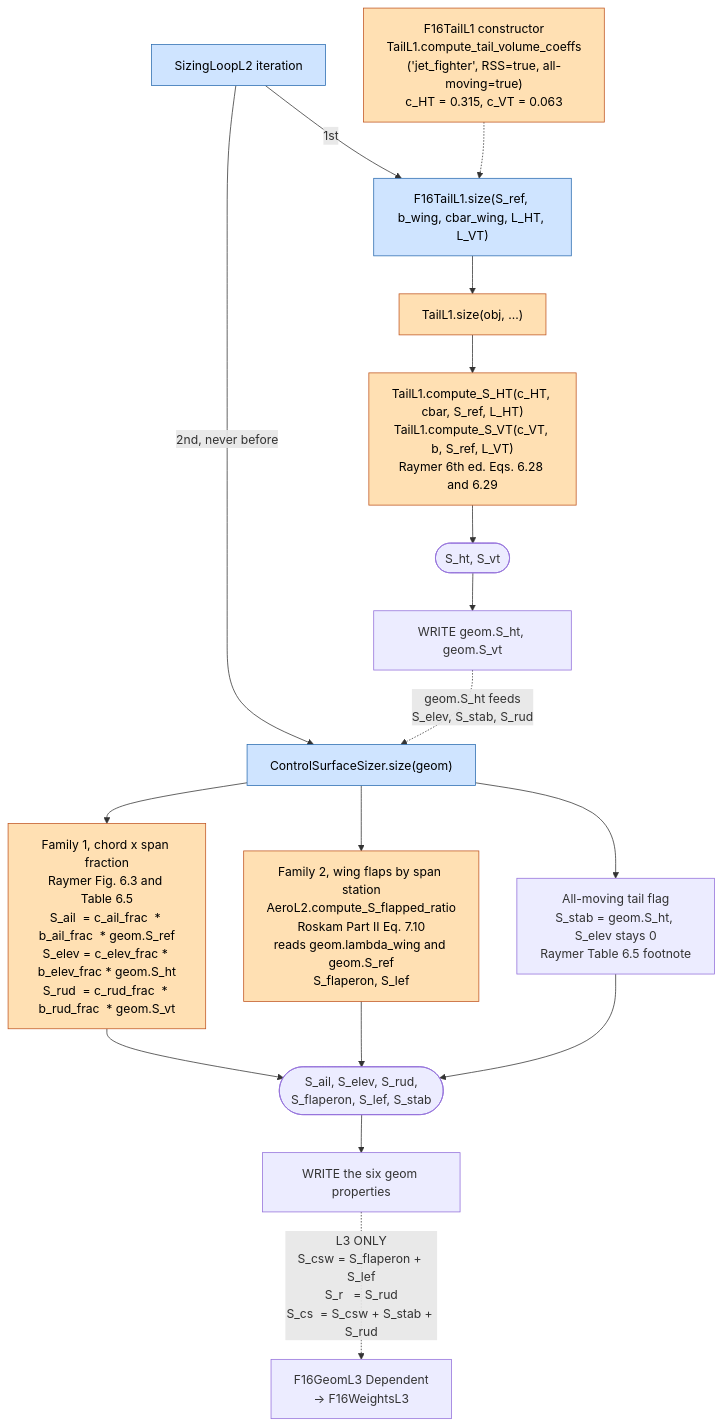
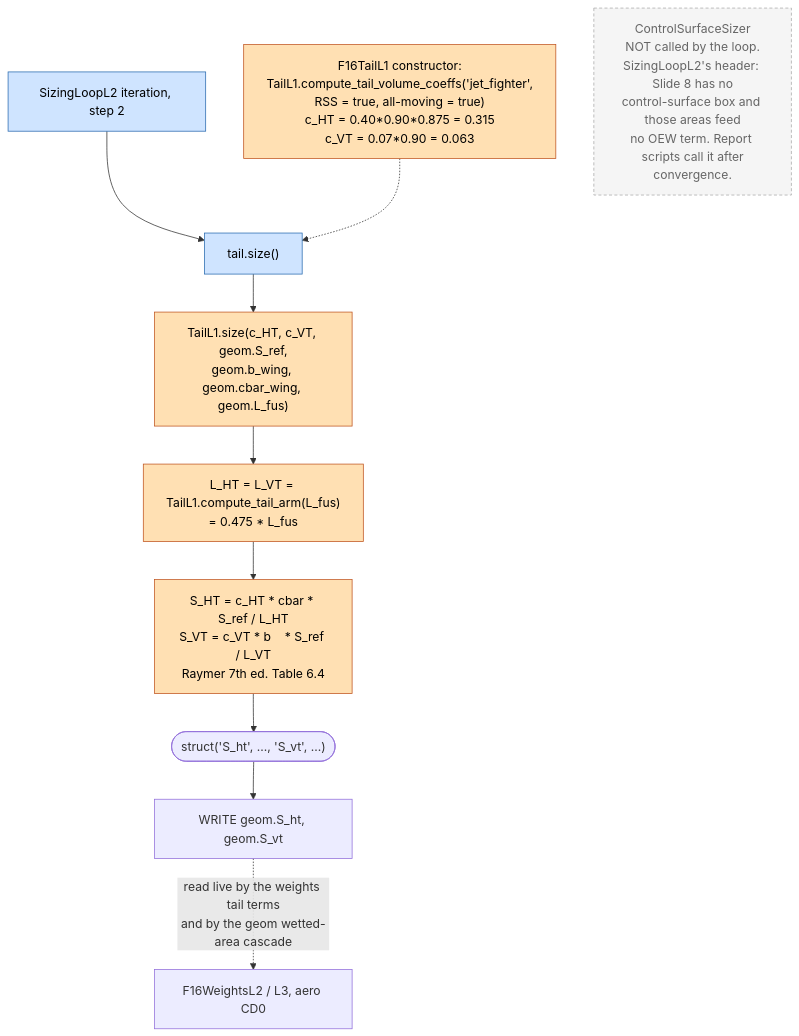
The ninth of 12 diagrams in air_vehicle_design/sizing/docs/Mermaid_Diagrams/sizing_loop_dependency_diagrams.md (Idopt-Lab/air-vehicle-design), drawn with Mermaid before and after one commit. The commit also changed other lines of this file, not shown here.

First line of the commit message:
docs: rewrite the stale sizing-loop dependency diagrams

````diff
--- a/air_vehicle_design/sizing/docs/Mermaid_Diagrams/sizing_loop_dependency_diagrams.md
+++ b/air_vehicle_design/sizing/docs/Mermaid_Diagrams/sizing_loop_dependency_diagrams.md
@@ -554,29 +534,22 @@
 ```mermaid
 flowchart TD
-    LOOP["SizingLoopL2 iteration"]
+    LOOP["SizingLoopL2 iteration, step 2"]
+    LOOP --> T["tail.size()"]
+    T --> TT["TailL1.size(c_HT, c_VT, geom.S_ref,<br/>geom.b_wing, geom.cbar_wing, geom.L_fus)"]
+    TT --> ARM["L_HT = L_VT = TailL1.compute_tail_arm(L_fus)<br/>= 0.475 * L_fus"]
+    ARM --> TC["S_HT = c_HT * cbar * S_ref / L_HT<br/>S_VT = c_VT * b    * S_ref / L_VT<br/>Raymer 7th ed. Table 6.4"]
+    TC --> TR(["struct('S_ht', ..., 'S_vt', ...)"])
+    TR --> TW["WRITE geom.S_ht, geom.S_vt"]
+    TW -.->|"read live by the weights tail terms<br/>and by the geom wetted-area cascade"| DOWN["F16WeightsL2 / L3, aero CD0"]
 
-    LOOP -->|"1st"| T["F16TailL1.size(S_ref, b_wing, cbar_wing, L_HT, L_VT)"]
-    T --> TT["TailL1.size(obj, ...)"]
-    TT --> TC["TailL1.compute_S_HT(c_HT, cbar, S_ref, L_HT)<br/>TailL1.compute_S_VT(c_VT, b, S_ref, L_VT)<br/>Raymer 6th ed. Eqs. 6.28 and 6.29"]
-    TC --> TR(["S_ht, S_vt"])
-    TR --> TW["WRITE geom.S_ht, geom.S_vt"]
+    CTOR["F16TailL1 constructor:<br/>TailL1.compute_tail_volume_coeffs('jet_fighter',<br/>RSS = true, all-moving = true)<br/>c_HT = 0.40*0.90*0.875 = 0.315<br/>c_VT = 0.07*0.90 = 0.063"] -.-> T
 
-    CTOR["F16TailL1 constructor<br/>TailL1.compute_tail_volume_coeffs<br/>('jet_fighter', RSS=true, all-moving=true)<br/>c_HT = 0.315, c_VT = 0.063"] -.-> T
-
-    LOOP -->|"2nd, never before"| C["ControlSurfaceSizer.size(geom)"]
-    C --> F1["Family 1, chord x span fraction<br/>Raymer Fig. 6.3 and Table 6.5<br/>S_ail  = c_ail_frac  * b_ail_frac  * geom.S_ref<br/>S_elev = c_elev_frac * b_elev_frac * geom.S_ht<br/>S_rud  = c_rud_frac  * b_rud_frac  * geom.S_vt"]
-    C --> F2["Family 2, wing flaps by span station<br/>AeroL2.compute_S_flapped_ratio<br/>Roskam Part II Eq. 7.10<br/>reads geom.lambda_wing and geom.S_ref<br/>S_flaperon, S_lef"]
-    C --> F3["All-moving tail flag<br/>S_stab = geom.S_ht, S_elev stays 0<br/>Raymer Table 6.5 footnote"]
-    F1 --> CR(["S_ail, S_elev, S_rud,<br/>S_flaperon, S_lef, S_stab"])
-    F2 --> CR
-    F3 --> CR
-    CR --> CW["WRITE the six geom properties"]
-
-    TW -.->|"geom.S_ht feeds<br/>S_elev, S_stab, S_rud"| C
-    CW -.->|"L3 ONLY<br/>S_csw = S_flaperon + S_lef<br/>S_r   = S_rud<br/>S_cs  = S_csw + S_stab + S_rud"| L3W["F16GeomL3 Dependent<br/>-> F16WeightsL3"]
+    CTRL["ControlSurfaceSizer<br/>NOT called by the loop.<br/>SizingLoopL2's header: Slide 8 has no<br/>control-surface box and those areas feed<br/>no OEW term. Report scripts call it after<br/>convergence."]
 
     classDef orch fill:#cfe4ff,stroke:#2b6cb0,color:#000
     classDef tb fill:#ffe0b3,stroke:#c05621,color:#000
-    class LOOP,T,C orch
-    class TT,TC,F1,F2,CTOR tb
+    classDef out fill:#f5f5f5,stroke:#aaa,color:#666,stroke-dasharray: 4 3
+    class LOOP,T orch
+    class TT,TC,ARM,CTOR tb
+    class CTRL out
 ```
````
